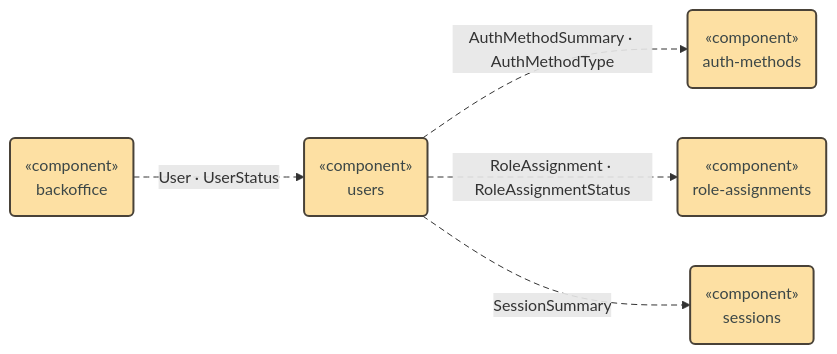
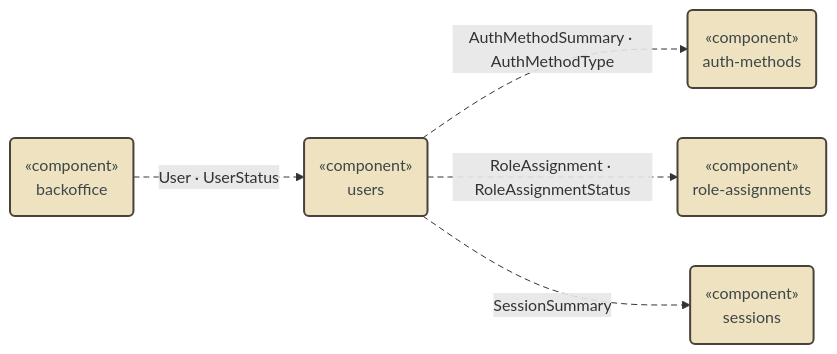
The eighth of 19 diagrams in docs/architecture.md (pcarroza91/nest-template), drawn with Mermaid before and after one commit. The commit also changed other lines of this file and 2 other files, not shown here.

First line of the commit message:
docs(architecture): colores por capa y componente en los diagramas Mermaid

````diff
--- a/docs/architecture.md
+++ b/docs/architecture.md
@@ -317,17 +347,17 @@
 ```mermaid
 flowchart LR
     USERS("«component»<br/>users")
     BO("«component»<br/>backoffice")
     AM("«component»<br/>auth-methods")
     RA("«component»<br/>role-assignments")
     SE("«component»<br/>sessions")
 
     USERS -- "AuthMethodSummary · AuthMethodType" --> AM
     USERS -- "RoleAssignment · RoleAssignmentStatus" --> RA
     USERS -- "SessionSummary" --> SE
     BO -- "User · UserStatus" --> USERS
 
-    classDef domain fill:#fde0a3,stroke:#494238,stroke-width:2px,color:#3c4747
-    class USERS,BO,AM,RA,SE domain
+    classDef modules fill:#efe2c0,stroke:#494238,stroke-width:2px,color:#3c4747
+    class USERS,BO,AM,RA,SE modules
     linkStyle default stroke-dasharray:6 4
 ```
````
